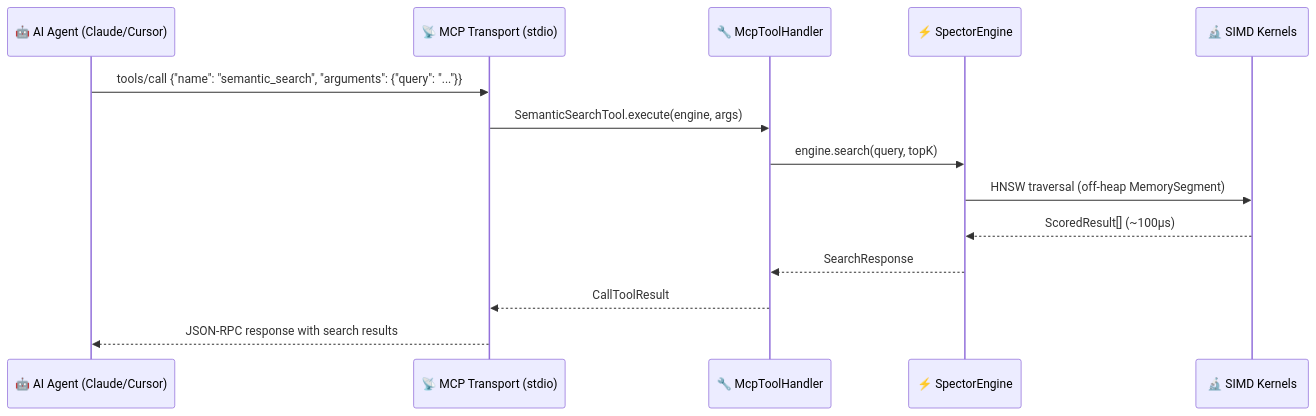
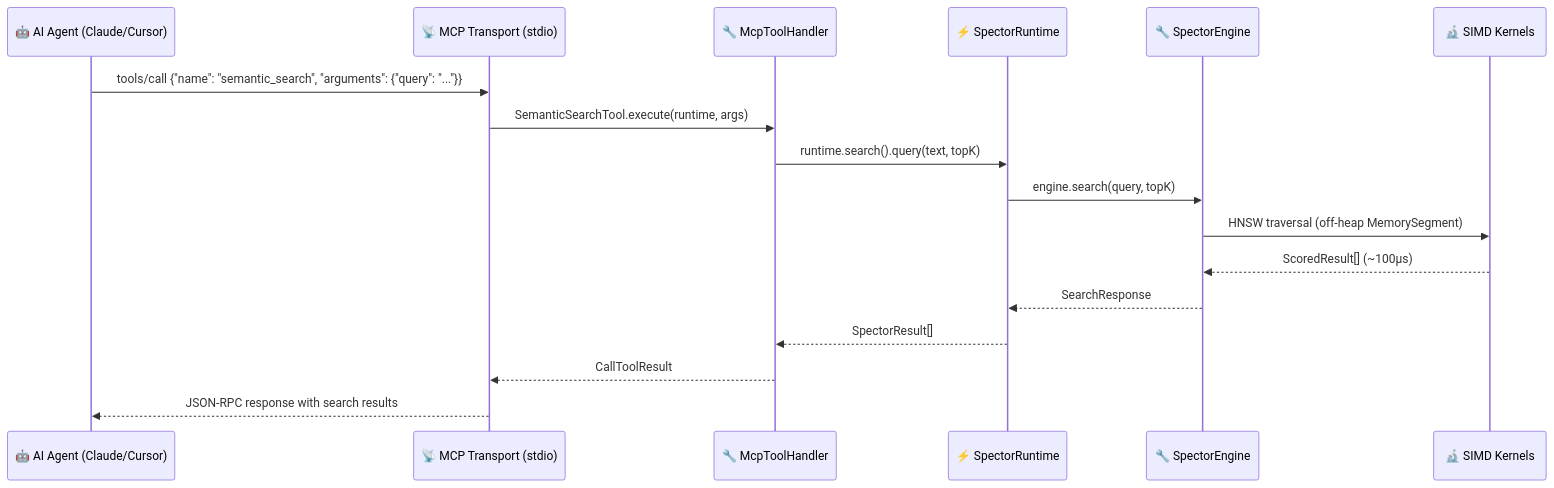
One commit to spectrayan/spector-search changed the fifth of 7 diagrams in docs/docs/architecture/overview.md. Above: the diagram before and after it, drawn with Mermaid. The commit also changed other lines of this file and 30 other files, not shown here.

````diff
--- a/docs/docs/architecture/overview.md
+++ b/docs/docs/architecture/overview.md
@@ -202,17 +206,20 @@
 ```mermaid
 sequenceDiagram
     participant Agent as 🤖 AI Agent (Claude/Cursor)
     participant MCP as 📡 MCP Transport (stdio)
     participant Handler as 🔧 McpToolHandler
-    participant Engine as ⚡ SpectorEngine
+    participant Runtime as ⚡ SpectorRuntime
+    participant Engine as 🔧 SpectorEngine
     participant SIMD as 🔬 SIMD Kernels
 
     Agent->>MCP: tools/call {"name": "semantic_search", "arguments": {"query": "..."}}
-    MCP->>Handler: SemanticSearchTool.execute(engine, args)
-    Handler->>Engine: engine.search(query, topK)
+    MCP->>Handler: SemanticSearchTool.execute(runtime, args)
+    Handler->>Runtime: runtime.search().query(text, topK)
+    Runtime->>Engine: engine.search(query, topK)
     Engine->>SIMD: HNSW traversal (off-heap MemorySegment)
     SIMD-->>Engine: ScoredResult[] (~100µs)
-    Engine-->>Handler: SearchResponse
+    Engine-->>Runtime: SearchResponse
+    Runtime-->>Handler: SpectorResult[]
     Handler-->>MCP: CallToolResult
     MCP-->>Agent: JSON-RPC response with search results
 ```
````
